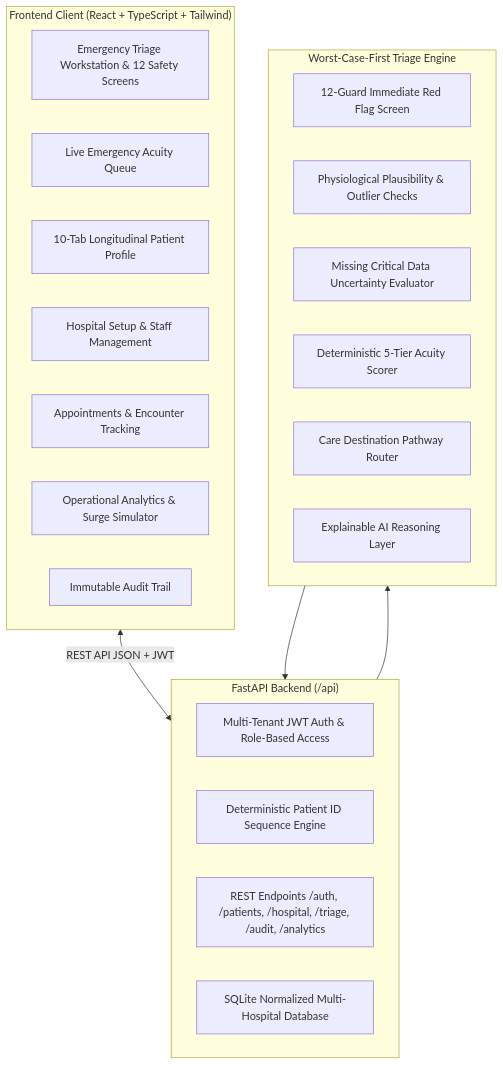
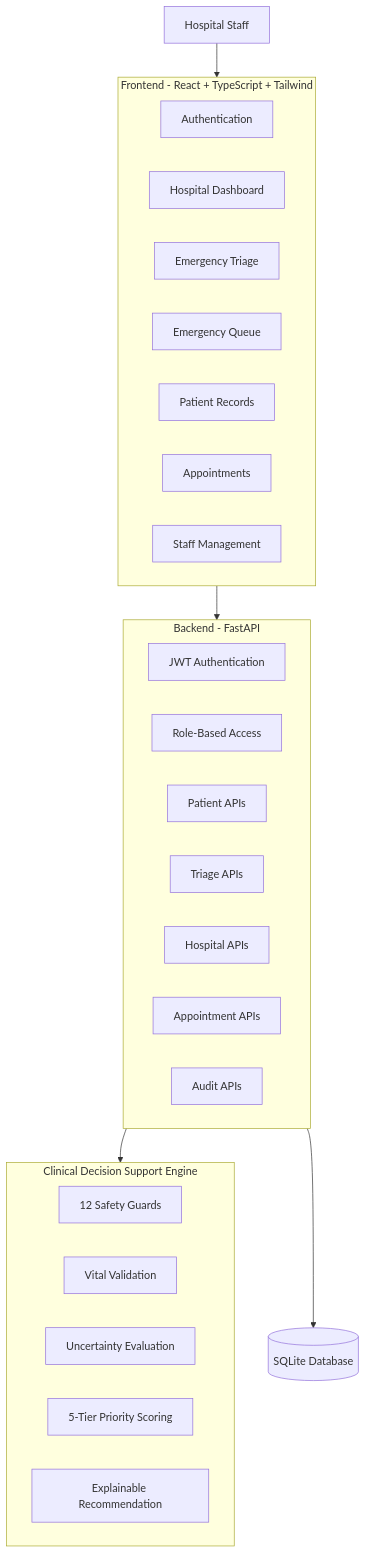
The diagram in README.md (molathotisaiteja1267-ctrl/patient-triage-ai), drawn with Mermaid before and after one commit. The commit also changed other lines of this file, not shown here.

````diff
--- a/README.md
+++ b/README.md
@@ -42,32 +292,39 @@
 ```mermaid
 flowchart TD
-    subgraph Client ["Frontend Client (React + TypeScript + Tailwind)"]
-        UI1[Emergency Triage Workstation & 12 Safety Screens]
-        UI2[Live Emergency Acuity Queue]
-        UI3[10-Tab Longitudinal Patient Profile]
-        UI4[Hospital Setup & Staff Management]
-        UI5[Appointments & Encounter Tracking]
-        UI6[Operational Analytics & Surge Simulator]
-        UI7[Immutable Audit Trail]
+    U[Hospital Staff]
+
+    subgraph Frontend["Frontend - React + TypeScript + Tailwind"]
+        UI1[Authentication]
+        UI2[Hospital Dashboard]
+        UI3[Emergency Triage]
+        UI4[Emergency Queue]
+        UI5[Patient Records]
+        UI6[Appointments]
+        UI7[Staff Management]
     end
 
-    subgraph API ["FastAPI Backend (/api)"]
-        A1[Multi-Tenant JWT Auth & Role-Based Access]
-        A2[Deterministic Patient ID Sequence Engine]
-        A3[REST Endpoints /auth, /patients, /hospital, /triage, /audit, /analytics]
-        A4[SQLite Normalized Multi-Hospital Database]
+    subgraph Backend["Backend - FastAPI"]
+        A1[JWT Authentication]
+        A2[Role-Based Access]
+        A3[Patient APIs]
+        A4[Triage APIs]
+        A5[Hospital APIs]
+        A6[Appointment APIs]
+        A7[Audit APIs]
     end
 
-    subgraph Engine ["Worst-Case-First Triage Engine"]
-        E1[12-Guard Immediate Red Flag Screen]
-        E2[Physiological Plausibility & Outlier Checks]
-        E3[Missing Critical Data Uncertainty Evaluator]
-        E4[Deterministic 5-Tier Acuity Scorer]
-        E5[Care Destination Pathway Router]
-        E6[Explainable AI Reasoning Layer]
+    subgraph Engine["Clinical Decision Support Engine"]
+        E1[12 Safety Guards]
+        E2[Vital Validation]
+        E3[Uncertainty Evaluation]
+        E4[5-Tier Priority Scoring]
+        E5[Explainable Recommendation]
     end
 
-    Client <-->|REST API JSON + JWT| API
-    API --> Engine
-    Engine --> API
+    DB[(SQLite Database)]
+
+    U --> Frontend
+    Frontend --> Backend
+    Backend --> Engine
+    Backend --> DB
 ```
````
